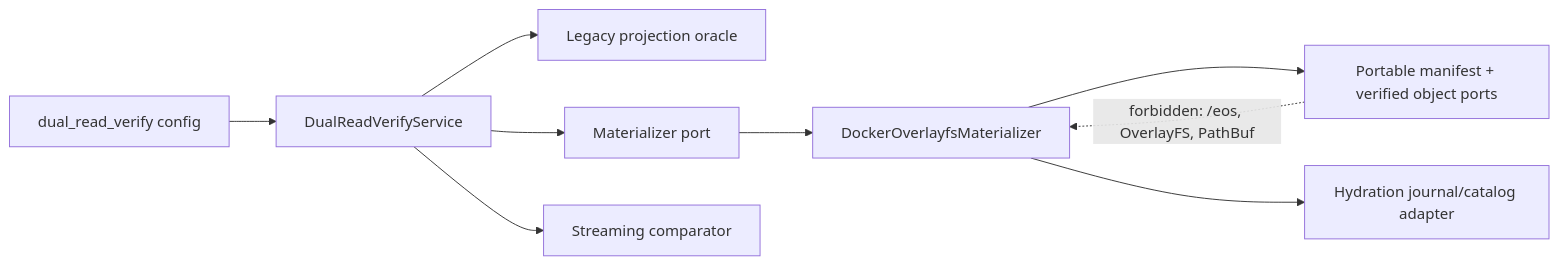
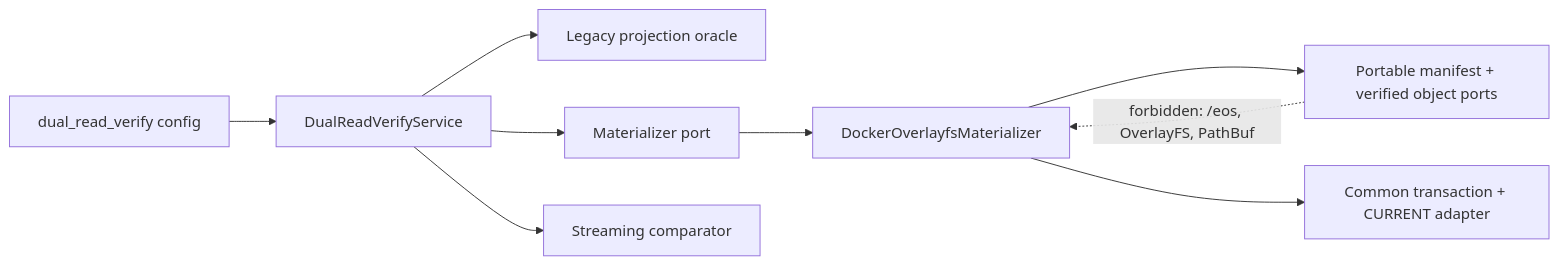
One commit to Ephemeral-AI-Lab/ephemeral-sandbox-docs changed the first of 3 diagrams in implementation-plan/2.0 migration/phase 1/implementation/stage_05_candidate_materialization/spec.md. Above: the diagram before and after it, drawn with Mermaid. The commit also changed other lines of this file and 35 other files, not shown here.

````diff
--- a/implementation-plan/2.0 migration/phase 1/implementation/stage_05_candidate_materialization/spec.md
+++ b/implementation-plan/2.0 migration/phase 1/implementation/stage_05_candidate_materialization/spec.md
@@ -307,11 +397,11 @@
 ```mermaid
 flowchart LR
   CFG["dual_read_verify config"] --> ORCH["DualReadVerifyService"]
   ORCH --> LEG["Legacy projection oracle"]
   ORCH --> PORT["Materializer port"]
   PORT --> ADAPTER["DockerOverlayfsMaterializer"]
   ADAPTER --> CORE["Portable manifest + verified object ports"]
-  ADAPTER --> JOURNAL["Hydration journal/catalog adapter"]
+  ADAPTER --> TXN["Common transaction + CURRENT adapter"]
   ORCH --> CMP["Streaming comparator"]
   CORE -. "forbidden: /eos, OverlayFS, PathBuf" .-> ADAPTER
 ```
````
